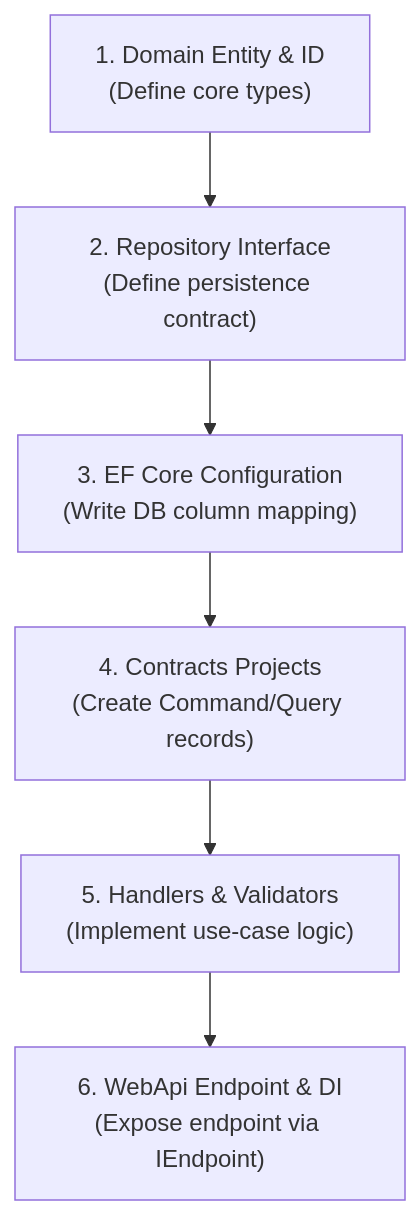
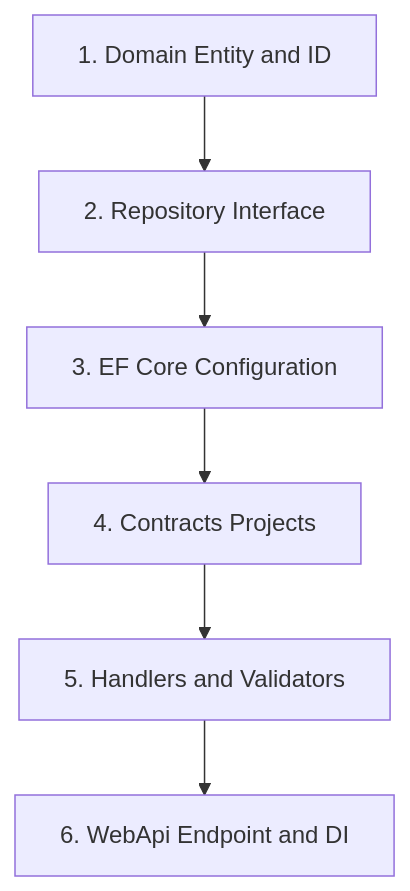
Before and after one commit to Litenova-Solutions/Engineering-Standards: the diagram in docs/conventions/shared/agentic-guardrails.md, drawn with Mermaid. The commit also changed other lines of this file and 71 other files, not shown here.

````diff
--- a/docs/conventions/shared/agentic-guardrails.md
+++ b/docs/conventions/shared/agentic-guardrails.md
@@ -40,15 +59,15 @@
 ```mermaid
 graph TD
-    Step1["1. Domain Entity & ID\n(Define core types)"]
-    Step2["2. Repository Interface\n(Define persistence contract)"]
-    Step3["3. EF Core Configuration\n(Write DB column mapping)"]
-    Step4["4. Contracts Projects\n(Create Command/Query records)"]
-    Step5["5. Handlers & Validators\n(Implement use-case logic)"]
-    Step6["6. WebApi Endpoint & DI\n(Expose endpoint via IEndpoint)"]
+    Step1["1. Domain Entity and ID"]
+    Step2["2. Repository Interface"]
+    Step3["3. EF Core Configuration"]
+    Step4["4. Contracts Projects"]
+    Step5["5. Handlers and Validators"]
+    Step6["6. WebApi Endpoint and DI"]
 
     Step1 --> Step2
     Step2 --> Step3
     Step3 --> Step4
     Step4 --> Step5
     Step5 --> Step6
 ```
````
